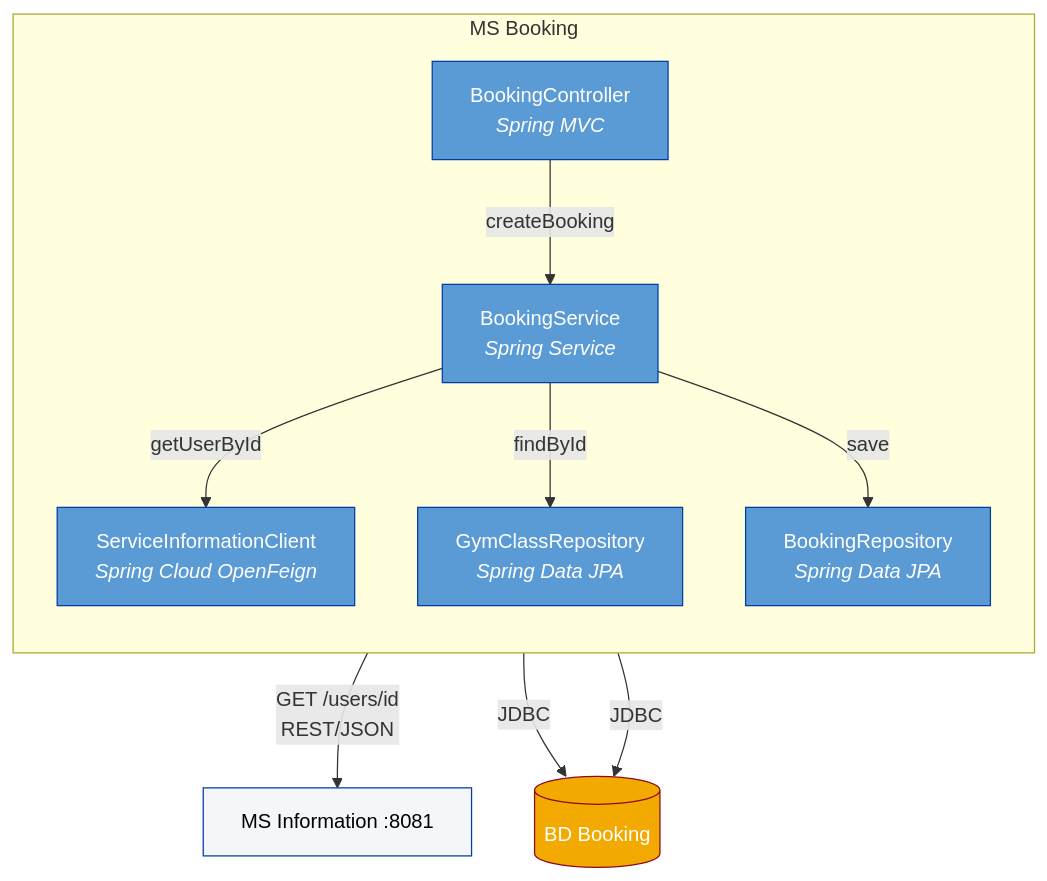
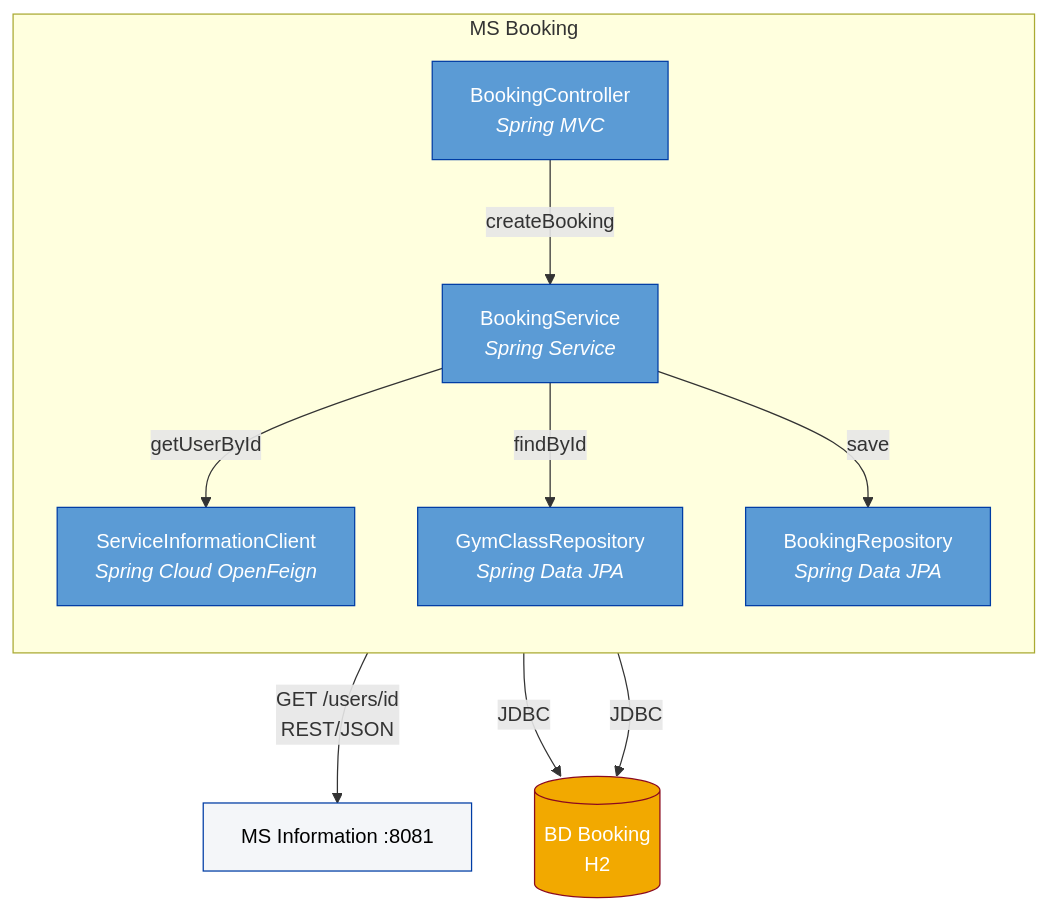
The second of 8 diagrams in BokingGymNewVersion/architecture.md (arielhurtado/springbootexamples), drawn with Mermaid before and after one commit.

Commit message:
Update BD Booking label in architecture.md

````diff
--- a/BokingGymNewVersion/architecture.md
+++ b/BokingGymNewVersion/architecture.md
@@ -79,30 +79,30 @@
 ```mermaid
 flowchart TB
     subgraph boundary["MS Booking"]
         direction TB
         controller["BookingController<br/><i>Spring MVC</i>"]
         service["BookingService<br/><i>Spring Service</i>"]
         feign["ServiceInformationClient<br/><i>Spring Cloud OpenFeign</i>"]
         bookingRepo["BookingRepository<br/><i>Spring Data JPA</i>"]
         gymRepo["GymClassRepository<br/><i>Spring Data JPA</i>"]
     end
 
-    bdBooking[("BD Booking")]
+    bdBooking[(""BD Booking<br/>H2"")]
     msInformation["MS Information :8081"]
 
     controller -->|createBooking| service
     service -->|getUserById| feign
     service -->|findById| gymRepo
     service -->|save| bookingRepo
     feign -->|"GET /users/id<br/>REST/JSON"| msInformation
     bookingRepo -->|JDBC| bdBooking
     gymRepo -->|JDBC| bdBooking
 
     classDef component fill:#5B9BD5,stroke:#003DA5,color:#fff
     classDef database fill:#F2A900,stroke:#8B0A1F,color:#fff
     classDef external fill:#F4F6F9,stroke:#003DA5,color:#000
 
     class controller,service,feign,bookingRepo,gymRepo component
     class bdBooking database
     class msInformation external
 ```
````
